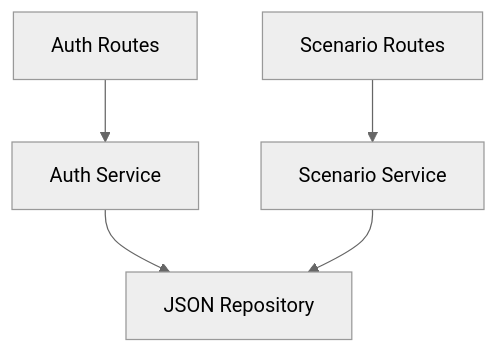
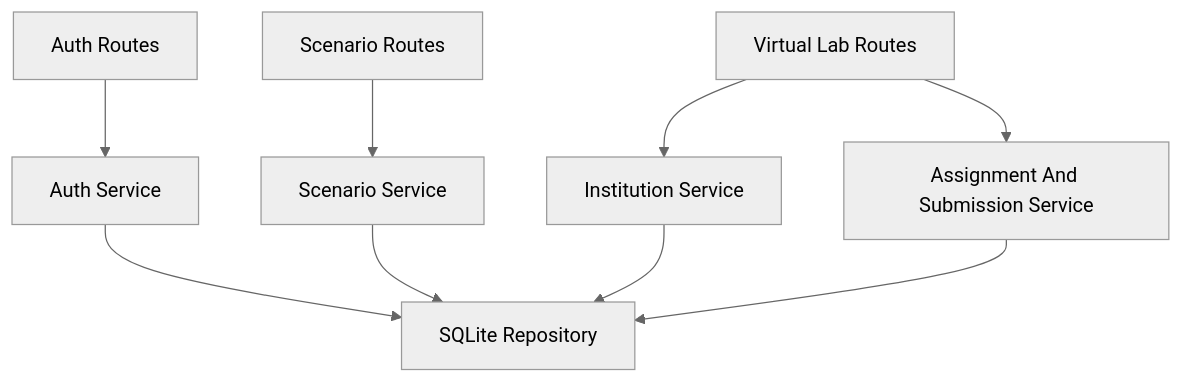
The second of 3 diagrams in .trae/documents/karras-mvp-technical-architecture.md (enjinuity/KARRAS-SIWES), drawn with Mermaid (neutral theme) before and after one commit. The commit also changed other lines of this file and 12 other files, not shown here.

First line of the commit message:
feat(virtual-lab): add full virtual lab operational module

````diff
--- a/.trae/documents/karras-mvp-technical-architecture.md
+++ b/.trae/documents/karras-mvp-technical-architecture.md
@@ -105,7 +159,11 @@
 ```mermaid
 flowchart TD
     A["Auth Routes"] --> B["Auth Service"]
     C["Scenario Routes"] --> D["Scenario Service"]
-    B --> E["JSON Repository"]
-    D --> E
+    E["Virtual Lab Routes"] --> F["Institution Service"]
+    E --> G["Assignment And Submission Service"]
+    B --> H["SQLite Repository"]
+    D --> H
+    F --> H
+    G --> H
 ```
````
